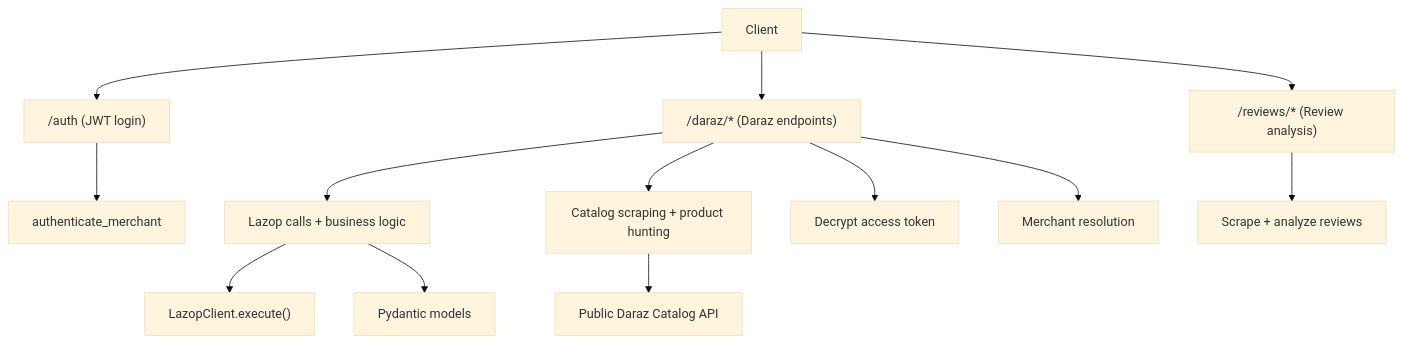
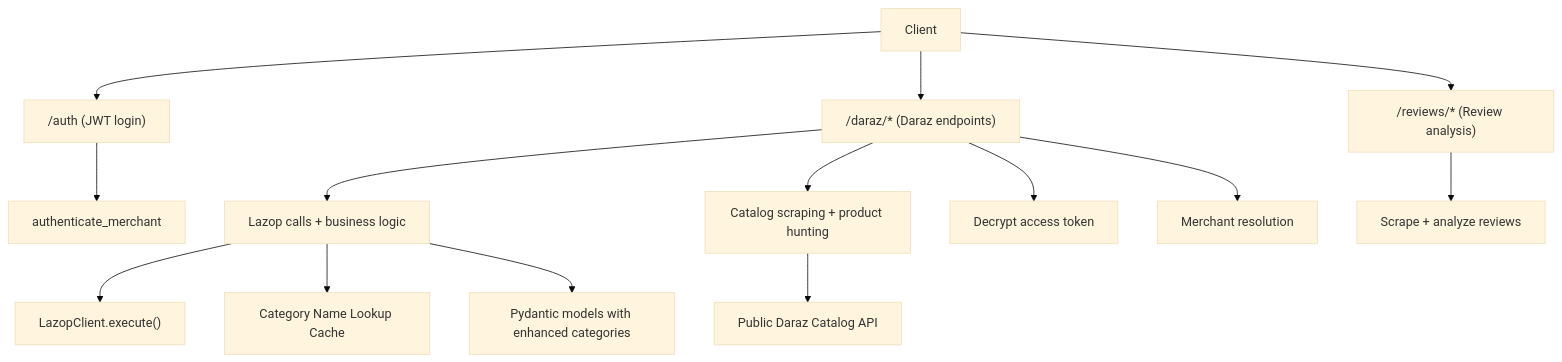
One commit to Muhammad-Masood/tijarah-ai-backend changed the first of 6 diagrams in .qoder/repowiki/en/content/API Reference/Marketplace Integration API/Daraz Integration API.md. Above: the diagram before and after it, drawn with Mermaid (base theme). The commit also changed other lines of this file and 18 other files, not shown here.

First line of the commit message:
feat(daraz): enhance product category information with caching and enrichment

````diff
--- a/.qoder/repowiki/en/content/API Reference/Marketplace Integration API/Daraz Integration API.md
+++ b/.qoder/repowiki/en/content/API Reference/Marketplace Integration API/Daraz Integration API.md
@@ -56,15 +59,16 @@
 ```mermaid
 graph TB
 Client["Client"] --> AuthRouter["/auth (JWT login)"]
 Client --> DarazRouter["/daraz/* (Daraz endpoints)"]
 Client --> ReviewsRouter["/reviews/* (Review analysis)"]
 AuthRouter --> AuthService["authenticate_merchant"]
 DarazRouter --> DarazService["Lazop calls + business logic"]
 DarazRouter --> CatalogService["Catalog scraping + product hunting"]
 ReviewsRouter --> ReviewsService["Scrape + analyze reviews"]
 DarazService --> LazopClient["LazopClient.execute()"]
+DarazService --> CategoryLookup["Category Name Lookup Cache"]
 CatalogService --> PublicAPI["Public Daraz Catalog API"]
-DarazService --> Models["Pydantic models"]
+DarazService --> Models["Pydantic models with enhanced categories"]
 DarazRouter --> Security["Decrypt access token"]
 DarazRouter --> Dependencies["Merchant resolution"]
 ```
````
